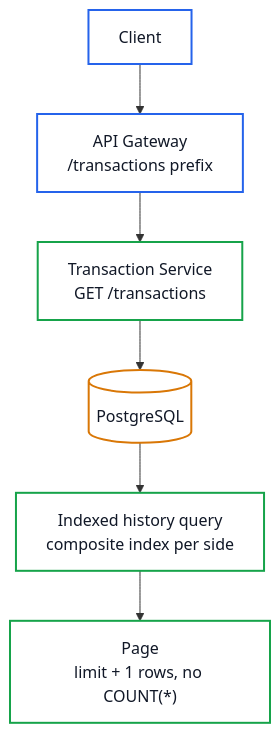
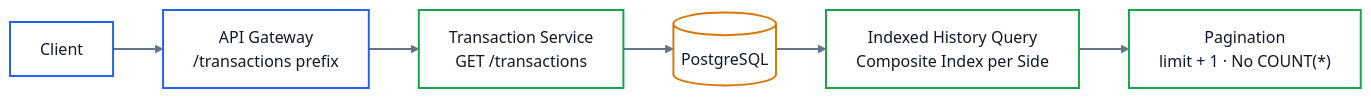
One commit to Moneemabdullah/NovaPay__ changed the diagram in docs/TRANSACTION_HISTORY.md. Above: the diagram before and after it, drawn with Mermaid.

Commit message:
Update transaction architecture diagram and pagination details

````diff
--- a/docs/TRANSACTION_HISTORY.md
+++ b/docs/TRANSACTION_HISTORY.md
@@ -37,20 +37,21 @@
 ```mermaid
-flowchart TB
+flowchart LR
     Client["Client"]
     Gateway["API Gateway<br/>/transactions prefix"]
     Service["Transaction Service<br/>GET /transactions"]
     Postgres[("PostgreSQL")]
-    Query["Indexed history query<br/>composite index per side"]
-    Page["Page<br/>limit + 1 rows, no COUNT(*)"]
+    Query["Indexed History Query<br/>Composite Index per Side"]
+    Page["Pagination<br/>limit + 1 · No COUNT(*)"]
 
-    Client --> Gateway --> Service --> Postgres
-    Postgres --> Query --> Page
+    Client --> Gateway --> Service --> Postgres --> Query --> Page
 
     classDef edge fill:#ffffff,stroke:#2563eb,stroke-width:2px,color:#111827
     classDef service fill:#ffffff,stroke:#16a34a,stroke-width:2px,color:#111827
     classDef database fill:#ffffff,stroke:#d97706,stroke-width:2px,color:#111827
 
     class Client,Gateway edge
     class Service,Query,Page service
     class Postgres database
+
+    linkStyle default stroke:#64748b,stroke-width:2px
 ```
````
